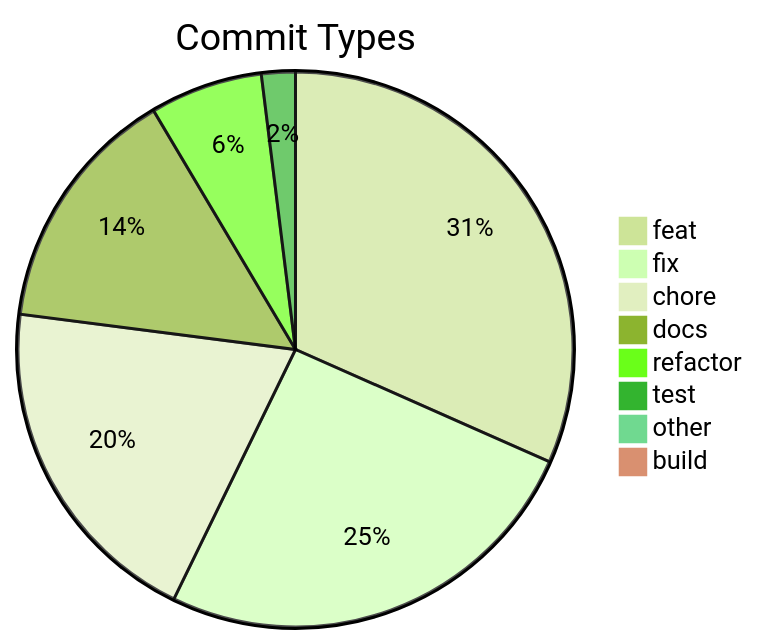
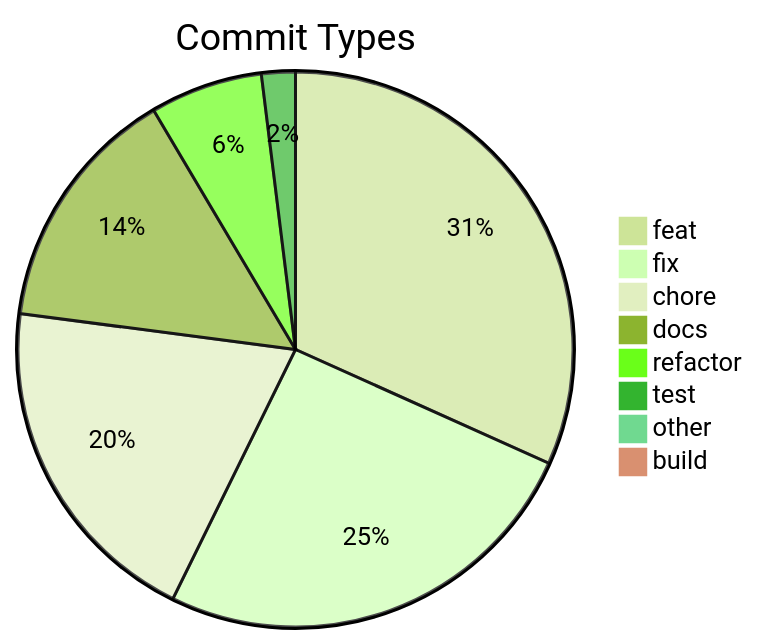
The diagram in .shipwright/compliance/change-history.md (svenroth-ai/shipwright), drawn with Mermaid (forest theme) before and after one commit. The commit also changed other lines of this file and 15 other files, not shown here.

````diff
--- a/.shipwright/compliance/change-history.md
+++ b/.shipwright/compliance/change-history.md
@@ -8,11 +8,11 @@
 ```mermaid
 pie title Commit Types
-    "feat" : 241
+    "feat" : 242
     "fix" : 195
     "chore" : 151
     "docs" : 110
     "refactor" : 50
     "test" : 15
     "other" : 7
     "build" : 1
 ```
````
